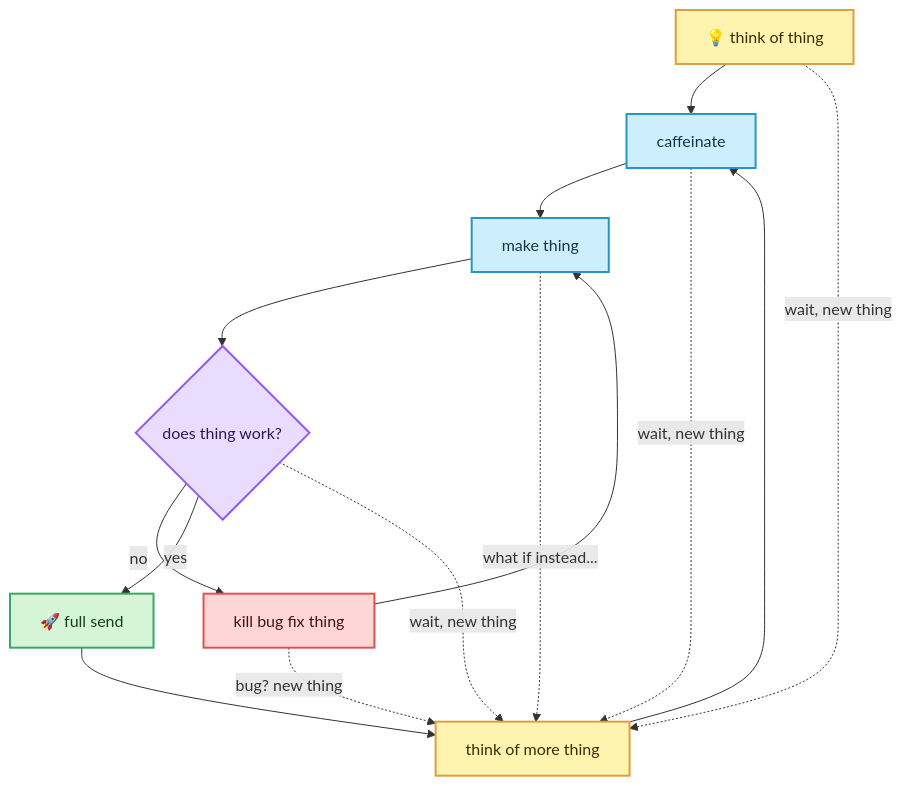
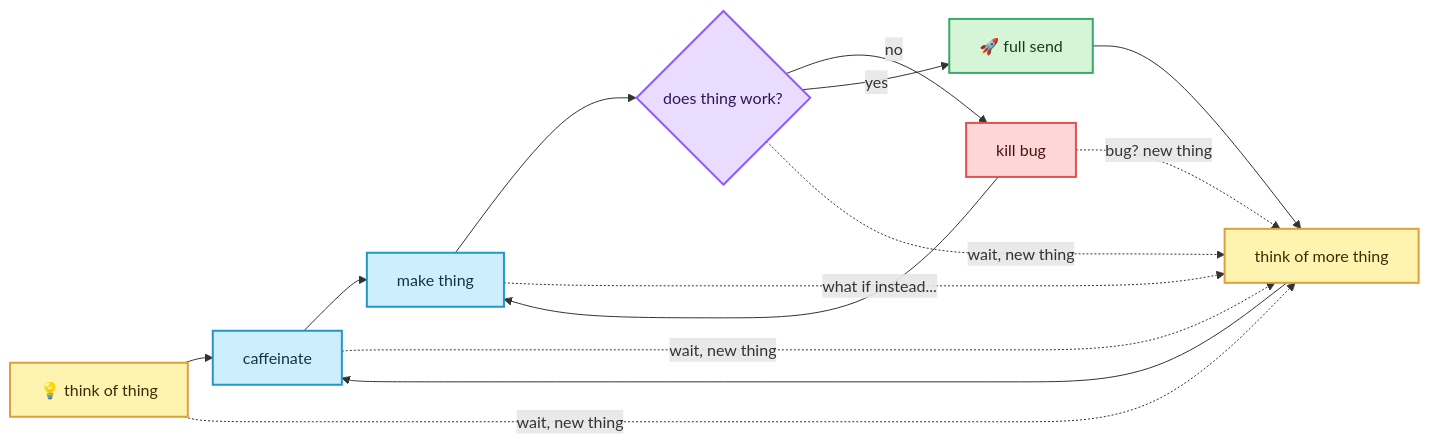
The diagram in README.md (magic-mikey/magic-mikey), drawn with Mermaid before and after one commit. The commit also changed other lines of this file, not shown here.

Commit message:
chart layout

````diff
--- a/README.md
+++ b/README.md
@@ -5,28 +3,29 @@
 ```mermaid
-flowchart TD
+%%{init: {"flowchart": {"rankSpacing": 25}}}%%
+flowchart LR
     A[💡 think of thing] --> B[caffeinate]
     B --> C[make thing]
     C --> D{does thing work?}
-    D -- "no" --> E[kill bug fix thing]
+    D -- "no" --> E[kill bug]
     E --> C
     D -- "yes" --> F[🚀 full send]
     F --> G[think of more thing]
     G --> B
     A -. "wait, new thing" .-> G
     B -. "wait, new thing" .-> G
     C -. "what if instead..." .-> G
     D -. "wait, new thing" .-> G
     E -. "bug? new thing" .-> G
 
     classDef idea fill:#fff3b0,stroke:#e09f3e,color:#3d2c00,stroke-width:2px
     classDef build fill:#cdeffd,stroke:#2496c8,color:#123447,stroke-width:2px
     classDef question fill:#eadcff,stroke:#8b5cf6,color:#2e1657,stroke-width:2px
     classDef bug fill:#ffd6d6,stroke:#e05252,color:#4a1111,stroke-width:2px
     classDef ship fill:#d6f5d6,stroke:#39a96b,color:#123d25,stroke-width:2px
 
     class A,G idea
     class B,C build
     class D question
     class E bug
     class F ship
 ```
````
